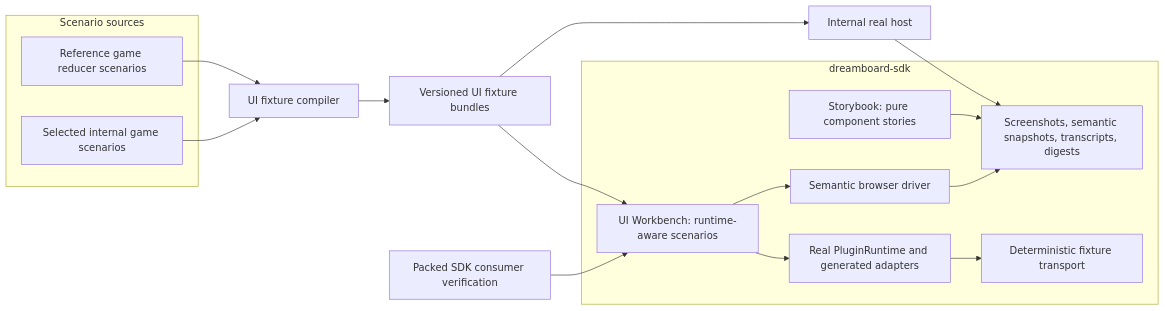
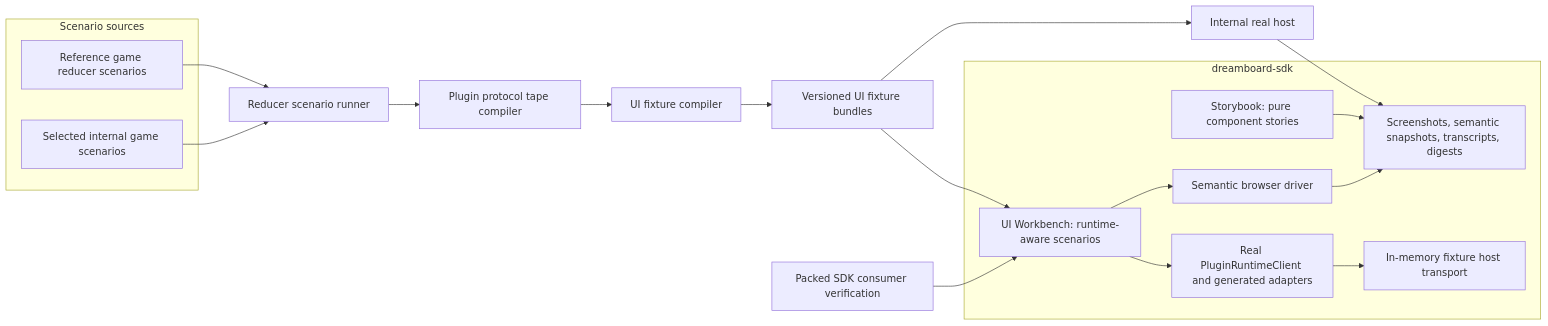
One commit to dreamboard-games/dreamboard-sdk changed the first of 2 diagrams in docs/exec-plans/ui-agent-iteration-workbench/README.md. Above: the diagram before and after it, drawn with Mermaid. The commit also changed other lines of this file and 4 other files, not shown here.

````diff
--- a/docs/exec-plans/ui-agent-iteration-workbench/README.md
+++ b/docs/exec-plans/ui-agent-iteration-workbench/README.md
@@ -54,35 +55,39 @@
 ```mermaid
 flowchart LR
   subgraph Sources["Scenario sources"]
     RG["Reference game reducer scenarios"]
     IG["Selected internal game scenarios"]
   end
 
+  SR["Reducer scenario runner"]
+  PT["Plugin protocol tape compiler"]
   FC["UI fixture compiler"]
   FB["Versioned UI fixture bundles"]
 
   subgraph SDK["dreamboard-sdk"]
     SB["Storybook: pure component stories"]
     WB["UI Workbench: runtime-aware scenarios"]
-    RT["Real PluginRuntime and generated adapters"]
-    FT["Deterministic fixture transport"]
+    RT["Real PluginRuntimeClient and generated adapters"]
+    FT["In-memory fixture host transport"]
     BD["Semantic browser driver"]
     EV["Screenshots, semantic snapshots, transcripts, digests"]
   end
 
   RH["Internal real host"]
   PC["Packed SDK consumer verification"]
 
-  RG --> FC
-  IG --> FC
+  RG --> SR
+  IG --> SR
+  SR --> PT
+  PT --> FC
   FC --> FB
   FB --> WB
   WB --> RT
   RT --> FT
   WB --> BD
   BD --> EV
   SB --> EV
   FB --> RH
   RH --> EV
   PC --> WB
 ```
````
